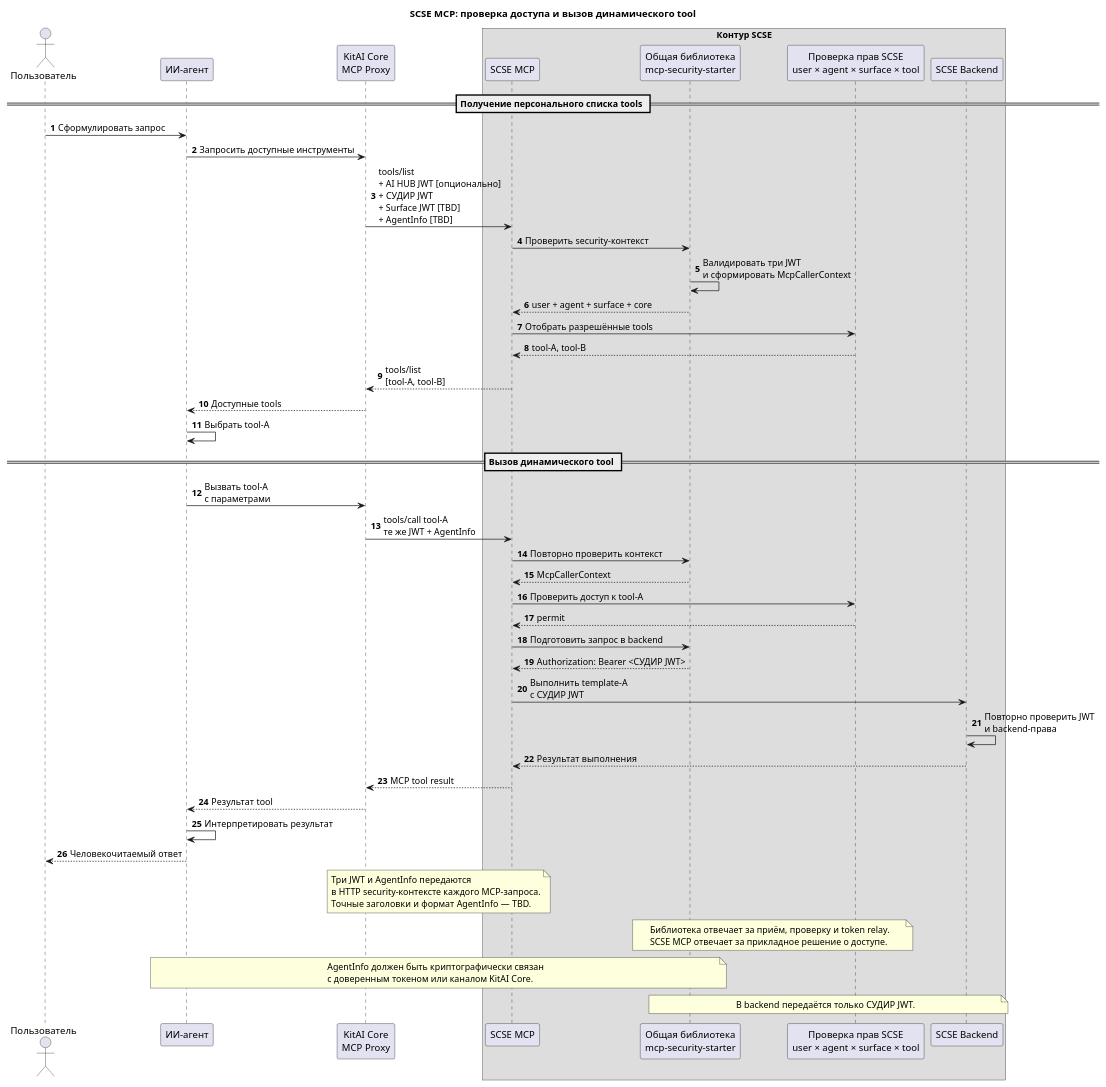
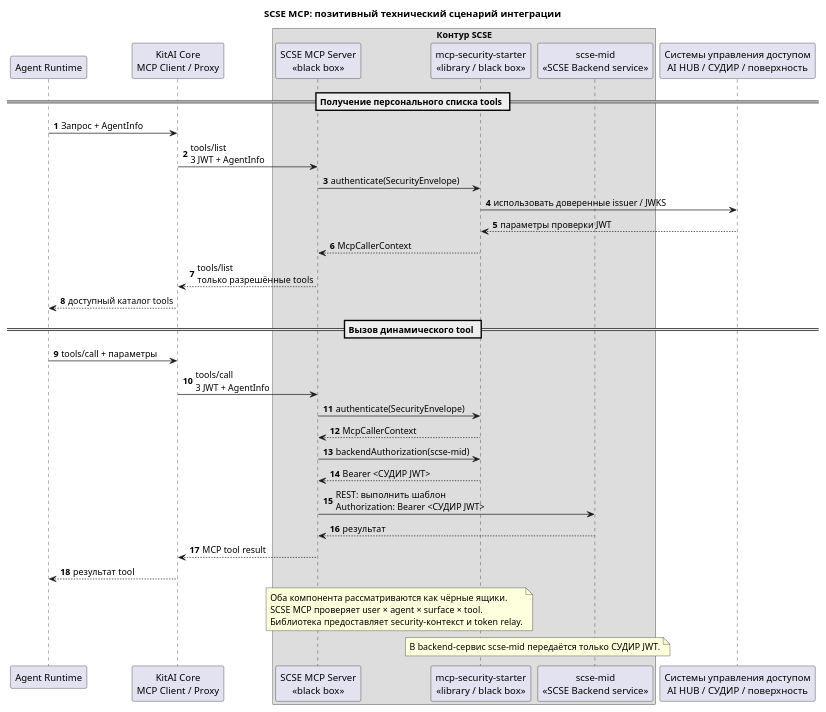
The diagram in docs/kitai-scse-dynamic-tools-positive.puml (VeronikaOxyt/search-service-mcp), drawn with PlantUML before and after one commit. The commit also changed 1 other file, not shown here.

Commit message:
Refine SCSE MCP security sequence diagrams

```diff
--- a/docs/kitai-scse-dynamic-tools-positive.puml
+++ b/docs/kitai-scse-dynamic-tools-positive.puml
@@ -1,79 +1,57 @@
 @startuml
-title SCSE MCP: проверка доступа и вызов динамического tool
+title SCSE MCP: позитивный технический сценарий интеграции
 
 autonumber
 
-actor "Пользователь" as User
-participant "ИИ-агент" as Agent
-participant "KitAI Core\nMCP Proxy" as Core
+participant "Agent Runtime" as Agent
+participant "KitAI Core\nMCP Client / Proxy" as Core
 
 box "Контур SCSE"
-    participant "SCSE MCP" as MCP
-    participant "Общая библиотека\nmcp-security-starter" as Security
-    participant "Проверка прав SCSE\nuser × agent × surface × tool" as Authorization
-    participant "SCSE Backend" as Backend
+    participant "SCSE MCP Server\n<<black box>>" as MCP
+    participant "mcp-security-starter\n<<library / black box>>" as Security
+    participant "scse-mid\n<<SCSE Backend service>>" as ScseMid
 end box
+
+participant "Системы управления доступом\nAI HUB / СУДИР / поверхность" as Iam
 
 == Получение персонального списка tools ==
 
-User -> Agent : Сформулировать запрос
-Agent -> Core : Запросить доступные инструменты
+Agent -> Core : Запрос + AgentInfo
+Core -> MCP : tools/list\n3 JWT + AgentInfo
 
-Core -> MCP : tools/list\n+ AI HUB JWT [опционально]\n+ СУДИР JWT\n+ Surface JWT [TBD]\n+ AgentInfo [TBD]
+MCP -> Security : authenticate(SecurityEnvelope)
+Security -> Iam : использовать доверенные issuer / JWKS
+Iam --> Security : параметры проверки JWT
+Security --> MCP : McpCallerContext
 
-MCP -> Security : Проверить security-контекст
-Security -> Security : Валидировать три JWT\nи сформировать McpCallerContext
-Security --> MCP : user + agent + surface + core
-
-MCP -> Authorization : Отобрать разрешённые tools
-Authorization --> MCP : tool-A, tool-B
-
-MCP --> Core : tools/list\n[tool-A, tool-B]
-Core --> Agent : Доступные tools
-Agent -> Agent : Выбрать tool-A
+MCP --> Core : tools/list\nтолько разрешённые tools
+Core --> Agent : доступный каталог tools
 
 == Вызов динамического tool ==
 
-Agent -> Core : Вызвать tool-A\nс параметрами
+Agent -> Core : tools/call + параметры
+Core -> MCP : tools/call\n3 JWT + AgentInfo
 
-Core -> MCP : tools/call tool-A\nте же JWT + AgentInfo
-
-MCP -> Security : Повторно проверить контекст
+MCP -> Security : authenticate(SecurityEnvelope)
 Security --> MCP : McpCallerContext
 
-MCP -> Authorization : Проверить доступ к tool-A
-Authorization --> MCP : permit
+MCP -> Security : backendAuthorization(scse-mid)
+Security --> MCP : Bearer <СУДИР JWT>
 
-MCP -> Security : Подготовить запрос в backend
-Security --> MCP : Authorization: Bearer <СУДИР JWT>
-
-MCP -> Backend : Выполнить template-A\nс СУДИР JWT
-Backend -> Backend : Повторно проверить JWT\nи backend-права
-Backend --> MCP : Результат выполнения
+MCP -> ScseMid : REST: выполнить шаблон\nAuthorization: Bearer <СУДИР JWT>
+ScseMid --> MCP : результат
 
 MCP --> Core : MCP tool result
-Core --> Agent : Результат tool
-Agent -> Agent : Интерпретировать результат
-Agent --> User : Человекочитаемый ответ
+Core --> Agent : результат tool
 
-note over Core,MCP
-Три JWT и AgentInfo передаются
-в HTTP security-контексте каждого MCP-запроса.
-Точные заголовки и формат AgentInfo — TBD.
+note over MCP,Security
+Оба компонента рассматриваются как чёрные ящики.
+SCSE MCP проверяет user × agent × surface × tool.
+Библиотека предоставляет security-контекст и token relay.
 end note
 
-note over Security,Authorization
-Библиотека отвечает за приём, проверку и token relay.
-SCSE MCP отвечает за прикладное решение о доступе.
-end note
-
-note over Agent,Security
-AgentInfo должен быть криптографически связан
-с доверенным токеном или каналом KitAI Core.
-end note
-
-note over Security,Backend
-В backend передаётся только СУДИР JWT.
+note over Security,ScseMid
+В backend-сервис scse-mid передаётся только СУДИР JWT.
 end note
 
 @enduml
```
